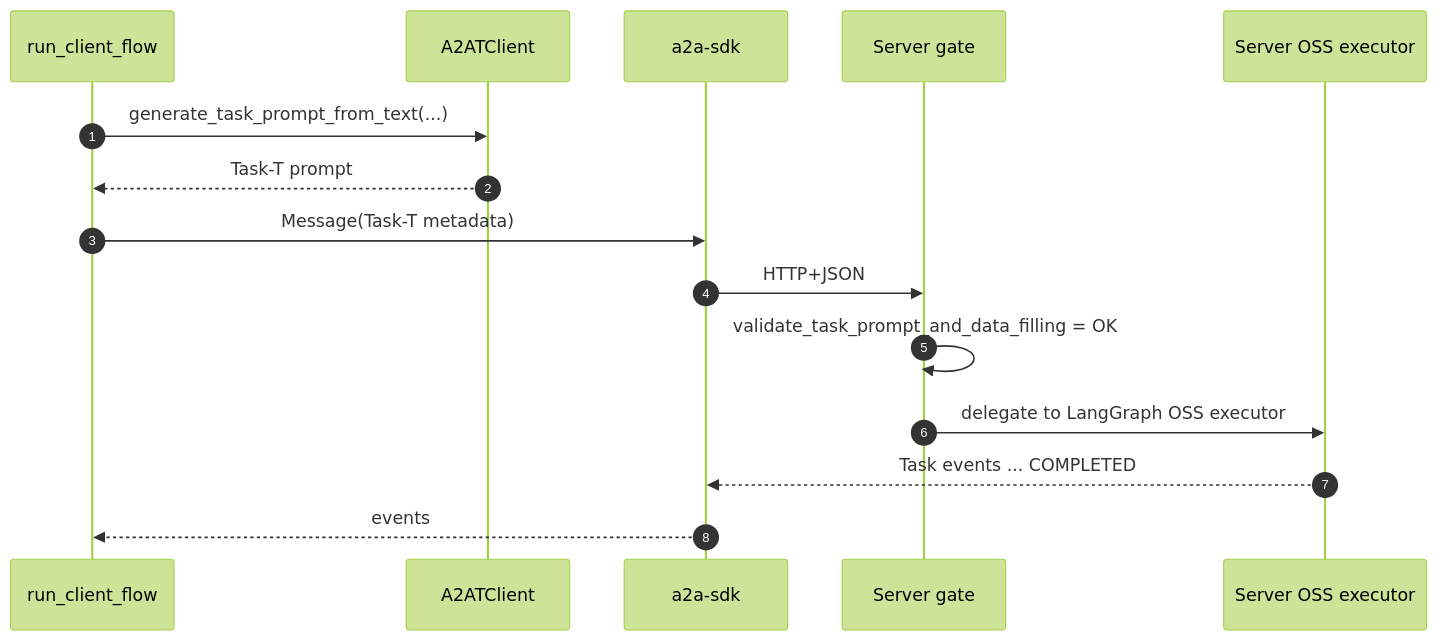
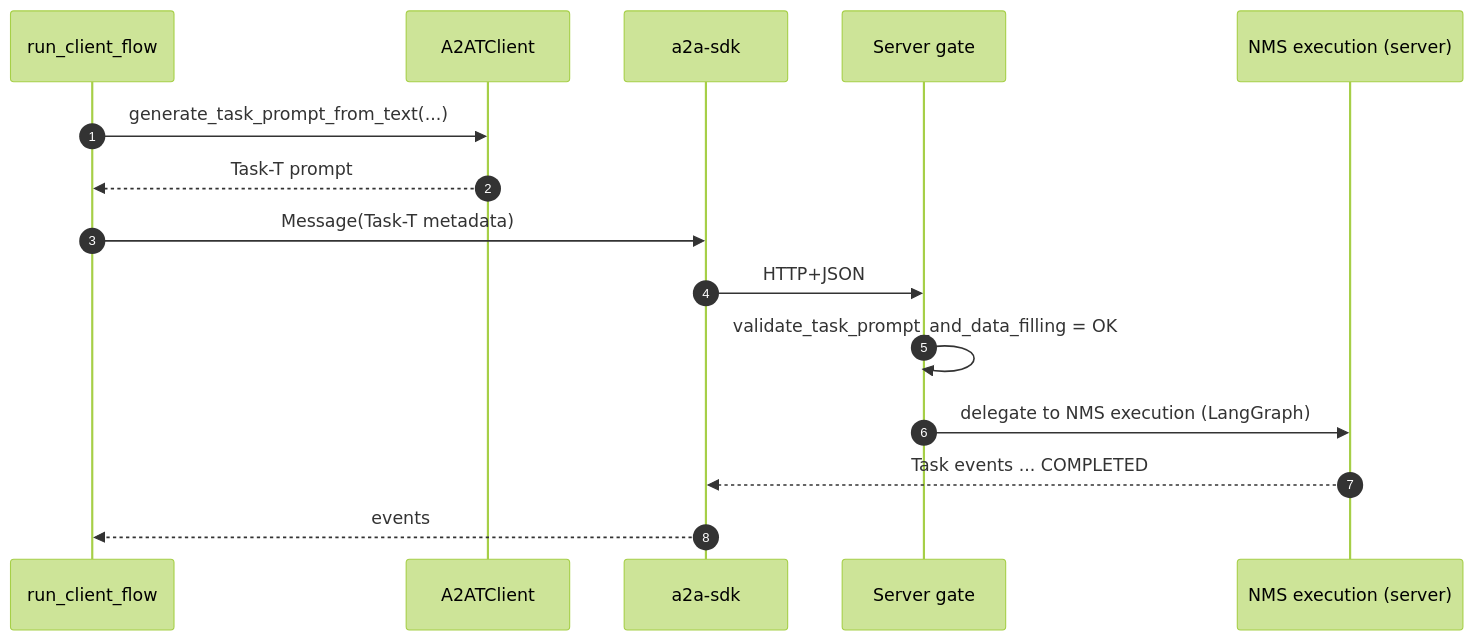
The fifth of 9 diagrams in a2a-t-sample/ran-energy-saving/README.md (codetalks-hw/a2a-t-sdk-python), drawn with Mermaid (forest theme) before and after one commit. The commit also changed other lines of this file and 1 other file, not shown here.

First line of the commit message:
docs(ran-sample): add a business view and correct the oss role

````diff
--- a/a2a-t-sample/ran-energy-saving/README.md
+++ b/a2a-t-sample/ran-energy-saving/README.md
@@ -242,17 +279,17 @@
 ```mermaid
 sequenceDiagram
     autonumber
     participant F as run_client_flow
     participant T as A2ATClient
     participant A as a2a-sdk
     participant G as Server gate
-    participant X as Server OSS executor
+    participant X as NMS execution (server)
     F->>T: generate_task_prompt_from_text(...)
     T-->>F: Task-T prompt
     F->>A: Message(Task-T metadata)
     A->>G: HTTP+JSON
     G->>G: validate_task_prompt_and_data_filling = OK
-    G->>X: delegate to LangGraph OSS executor
+    G->>X: delegate to NMS execution (LangGraph)
     X-->>A: Task events ... COMPLETED
     A-->>F: events
 ```
````
